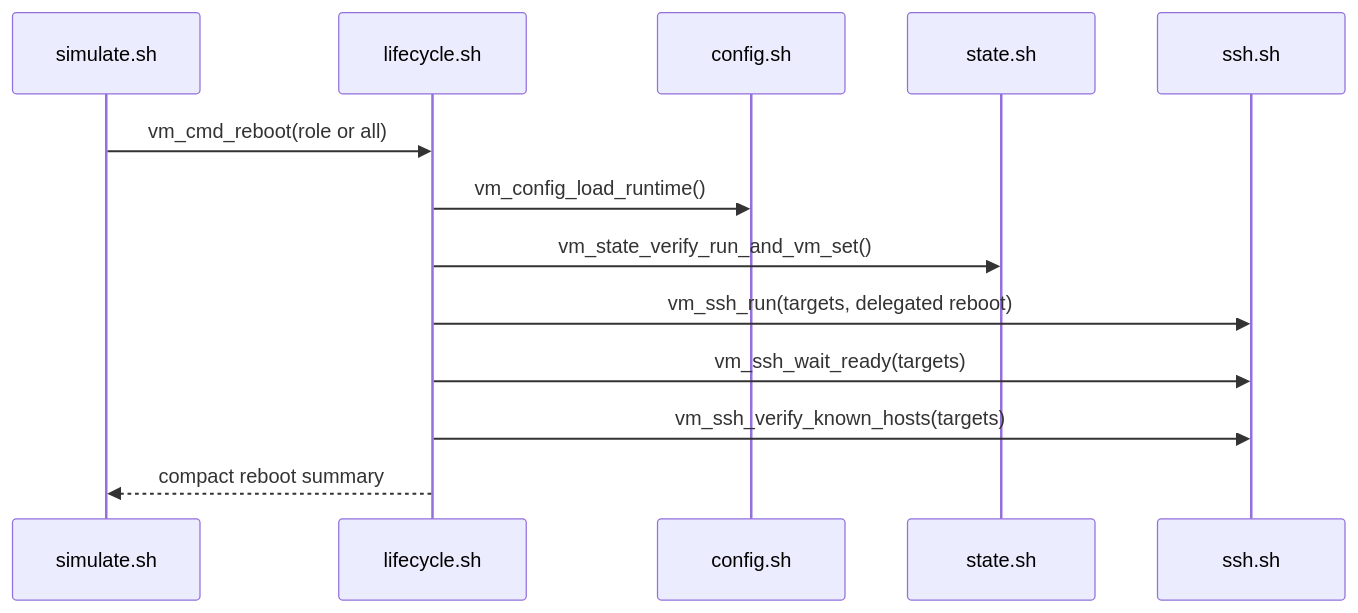
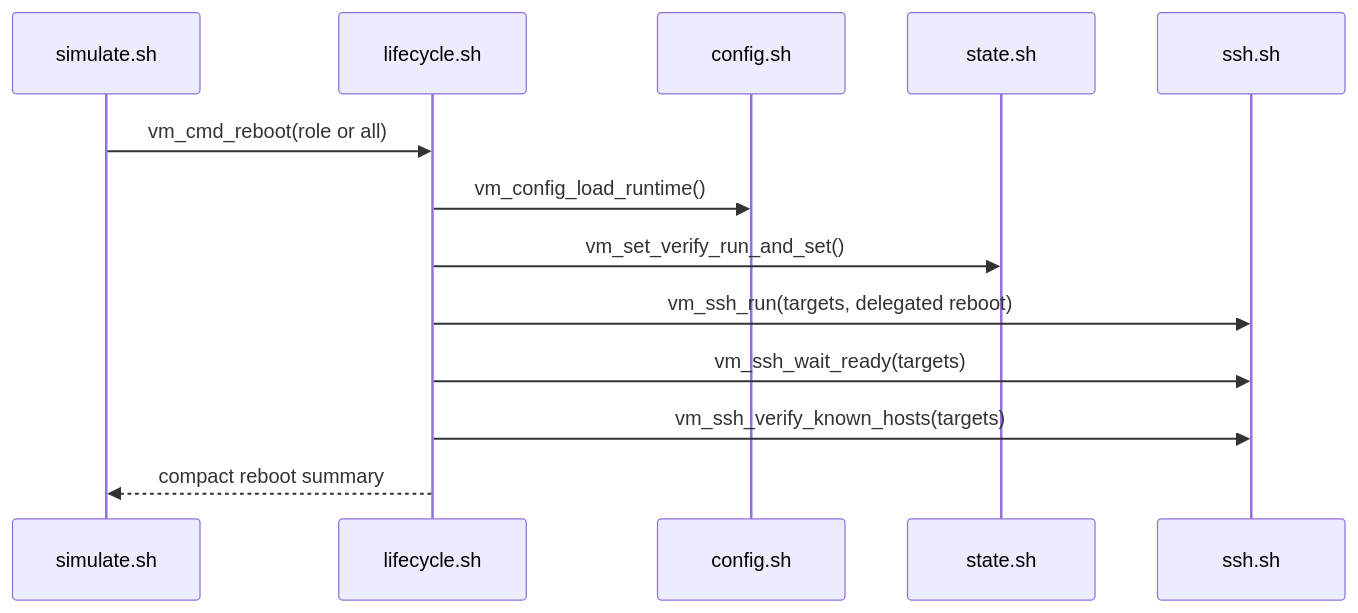
One commit to NoNine/loopforge changed diagram 14 of 19 in simulation/vm/sequences.md. Above: the diagram before and after it, drawn with Mermaid. The commit also changed other lines of this file and 18 other files, not shown here.

````diff
--- a/simulation/vm/sequences.md
+++ b/simulation/vm/sequences.md
@@ -281,16 +283,16 @@
 ```mermaid
 sequenceDiagram
   participant CLI as simulate.sh
   participant LC as lifecycle.sh
   participant CFG as config.sh
   participant ST as state.sh
   participant SSH as ssh.sh
 
   CLI->>LC: vm_cmd_reboot(role or all)
   LC->>CFG: vm_config_load_runtime()
-  LC->>ST: vm_state_verify_run_and_vm_set()
+  LC->>ST: vm_set_verify_run_and_set()
   LC->>SSH: vm_ssh_run(targets, delegated reboot)
   LC->>SSH: vm_ssh_wait_ready(targets)
   LC->>SSH: vm_ssh_verify_known_hosts(targets)
   LC-->>CLI: compact reboot summary
 ```
````
